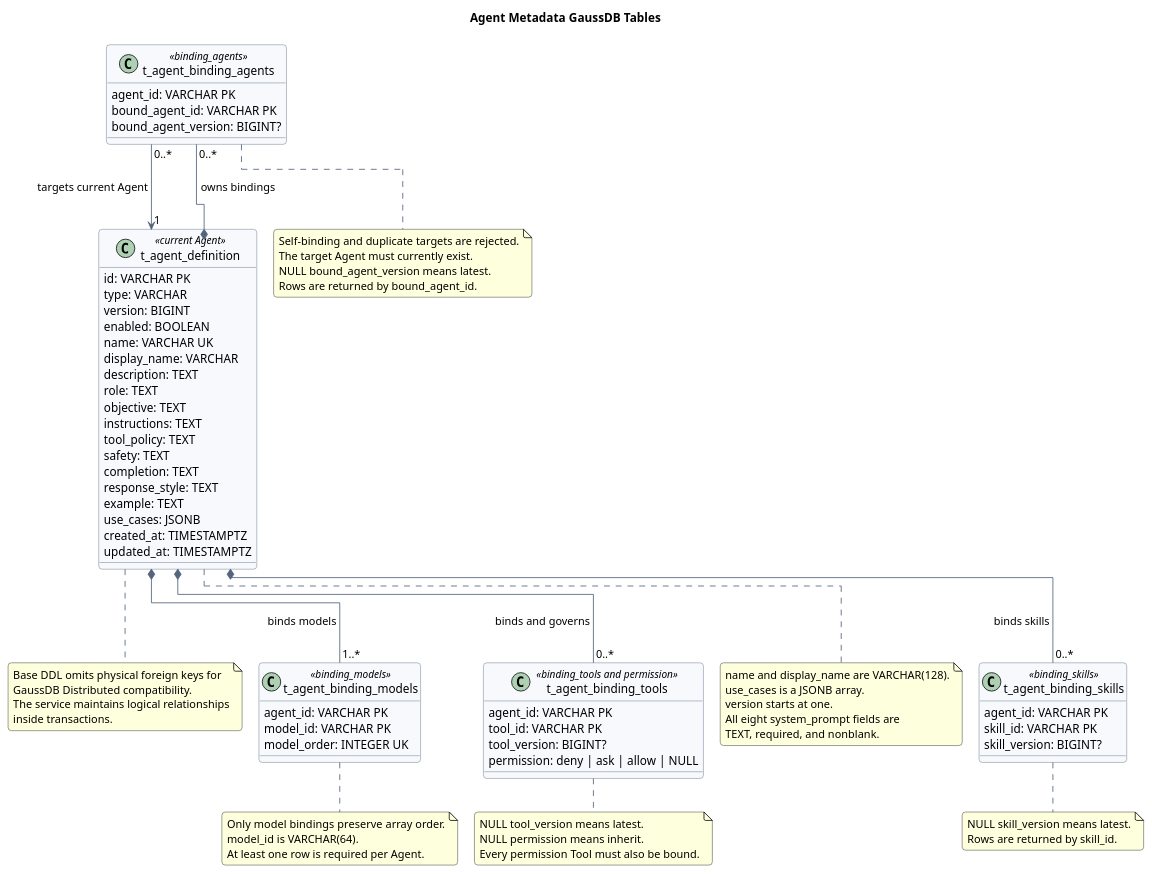
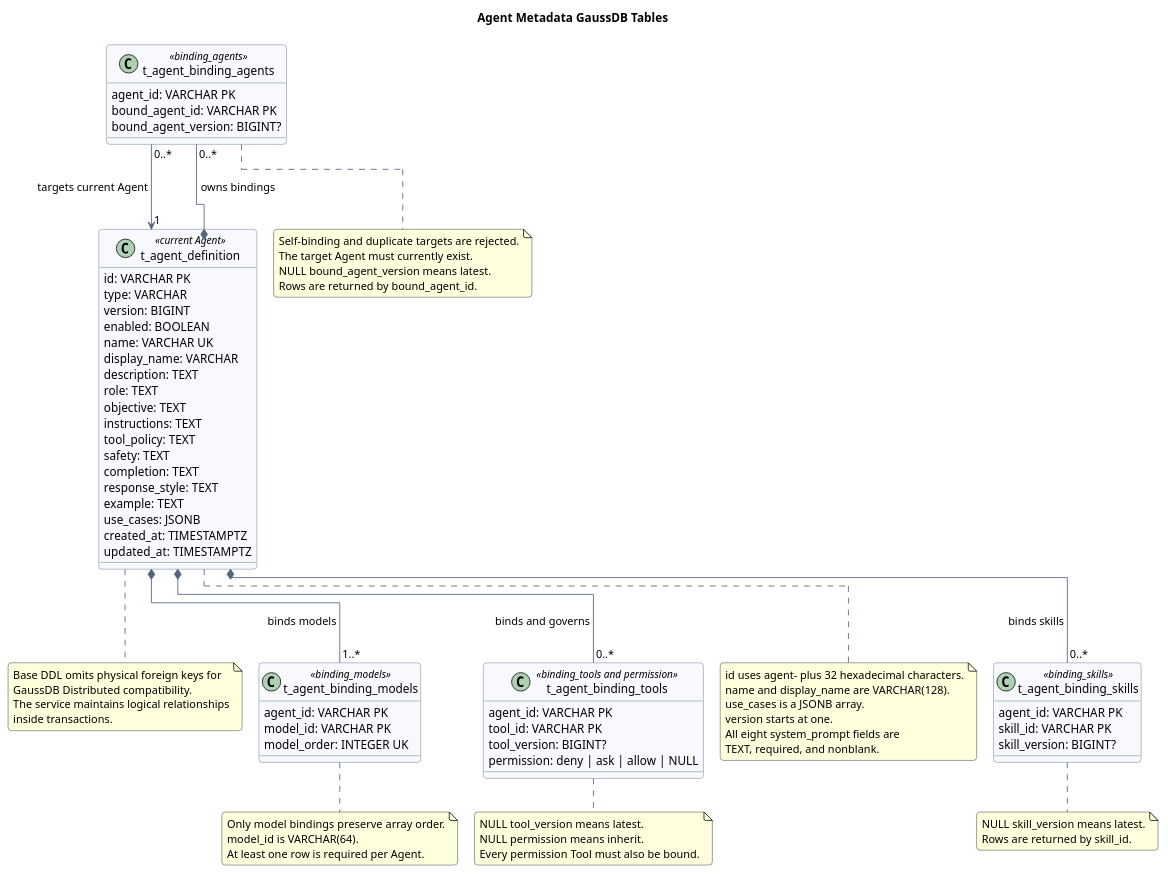
Before and after one commit to superheromeZzh/pi-mono-java-design: the diagram in agent-metadata-gaussdb-design/diagram.puml, drawn with PlantUML. The commit also changed other lines of this file and 3 other files, not shown here.

```diff
--- a/agent-metadata-gaussdb-design/diagram.puml
+++ b/agent-metadata-gaussdb-design/diagram.puml
@@ -6,126 +6,131 @@
 @startuml agent_metadata_gaussdb_model
 !pragma layout elk
 title Agent Metadata GaussDB Tables
 top to bottom direction
 
 skinparam backgroundColor #FFFFFF
 skinparam shadowing false
 skinparam roundcorner 8
 skinparam nodesep 45
 skinparam ranksep 50
 skinparam ArrowColor #53657D
 skinparam ClassBorderColor #53657D
 skinparam ClassBackgroundColor #F7F9FC
 skinparam classAttributeIconSize 0
 
 ' Source evidence:
 ' - AGENT metadata JSON lines 2-53 define root fields and four binding arrays.
 ' - binding_models is at line 11; binding_agents is at lines 37-42.
 ' - mate-service baseline path and symbols:
 '   src/main/java/com/huawei/hicampus/mate/agentdefinition/service/impl/AgentDefinitionServiceImpl.java
 '   AgentDefinitionServiceImpl.initializeAgent and replaceModels.
+'   src/main/java/com/huawei/hicampus/mate/agentdefinition/validation/AgentId.java
+'   AgentId composed validation annotation.
 ' - mate-service baseline DDL: src/main/resources/db/schema.sql.
+' Observed behavior: AgentId validates agent- plus 32 hexadecimal characters.
 ' Observed behavior: the Java baseline groups all DROP TABLE statements before
 ' the CREATE TABLE statements in its initialization DDL.
 ' Design reason: pair each table drop with its create statement to follow the
 ' required deployment-script convention without changing table structure.
 ' Product constraint: all eight system_prompt fields are required and nonblank.
 ' Product constraint: only binding_models preserves input array order.
+' Product constraint: Agent IDs use agent- plus a 32-character hexadecimal UUID.
 ' Design reason: Agent targets must exist when bindings are written, while a
 ' pinned target version is stored without historical-version validation.
 ' GaussDB divergence: physical foreign keys are optional because GaussDB
 ' Distributed does not support them; the base DDL uses logical relationships.
 ' DDL convention: each DROP TABLE IF EXISTS immediately precedes CREATE TABLE.
 
 class t_agent_definition <<current Agent>> {
   id: VARCHAR PK
   type: VARCHAR
   version: BIGINT
   enabled: BOOLEAN
   name: VARCHAR UK
   display_name: VARCHAR
   description: TEXT
   role: TEXT
   objective: TEXT
   instructions: TEXT
   tool_policy: TEXT
   safety: TEXT
   completion: TEXT
   response_style: TEXT
   example: TEXT
   use_cases: JSONB
   created_at: TIMESTAMPTZ
   updated_at: TIMESTAMPTZ
 }
 
 class t_agent_binding_models <<binding_models>> {
   agent_id: VARCHAR PK
   model_id: VARCHAR PK
   model_order: INTEGER UK
 }
 
 class t_agent_binding_tools <<binding_tools and permission>> {
   agent_id: VARCHAR PK
   tool_id: VARCHAR PK
   tool_version: BIGINT?
   permission: deny | ask | allow | NULL
 }
 
 class t_agent_binding_skills <<binding_skills>> {
   agent_id: VARCHAR PK
   skill_id: VARCHAR PK
   skill_version: BIGINT?
 }
 
 class t_agent_binding_agents <<binding_agents>> {
   agent_id: VARCHAR PK
   bound_agent_id: VARCHAR PK
   bound_agent_version: BIGINT?
 }
 
 t_agent_definition *-- "1..*" t_agent_binding_models : binds models
 t_agent_definition *-- "0..*" t_agent_binding_tools : binds and governs
 t_agent_definition *-- "0..*" t_agent_binding_skills : binds skills
 t_agent_definition *-- "0..*" t_agent_binding_agents : owns bindings
 t_agent_binding_agents "0..*" --> "1" t_agent_definition : targets current Agent
 
 note right of t_agent_definition
+id uses agent- plus 32 hexadecimal characters.
 name and display_name are VARCHAR(128).
 use_cases is a JSONB array.
 version starts at one.
 All eight system_prompt fields are
 TEXT, required, and nonblank.
 end note
 
 note right of t_agent_binding_models
 Only model bindings preserve array order.
 model_id is VARCHAR(64).
 At least one row is required per Agent.
 end note
 
 note bottom of t_agent_binding_tools
 NULL tool_version means latest.
 NULL permission means inherit.
 Every permission Tool must also be bound.
 end note
 
 note bottom of t_agent_binding_skills
 NULL skill_version means latest.
 Rows are returned by skill_id.
 end note
 
 note bottom of t_agent_binding_agents
 Self-binding and duplicate targets are rejected.
 The target Agent must currently exist.
 NULL bound_agent_version means latest.
 Rows are returned by bound_agent_id.
 end note
 
 note bottom of t_agent_definition
 Base DDL omits physical foreign keys for
 GaussDB Distributed compatibility.
 The service maintains logical relationships
 inside transactions.
 end note
 
 @enduml
```
